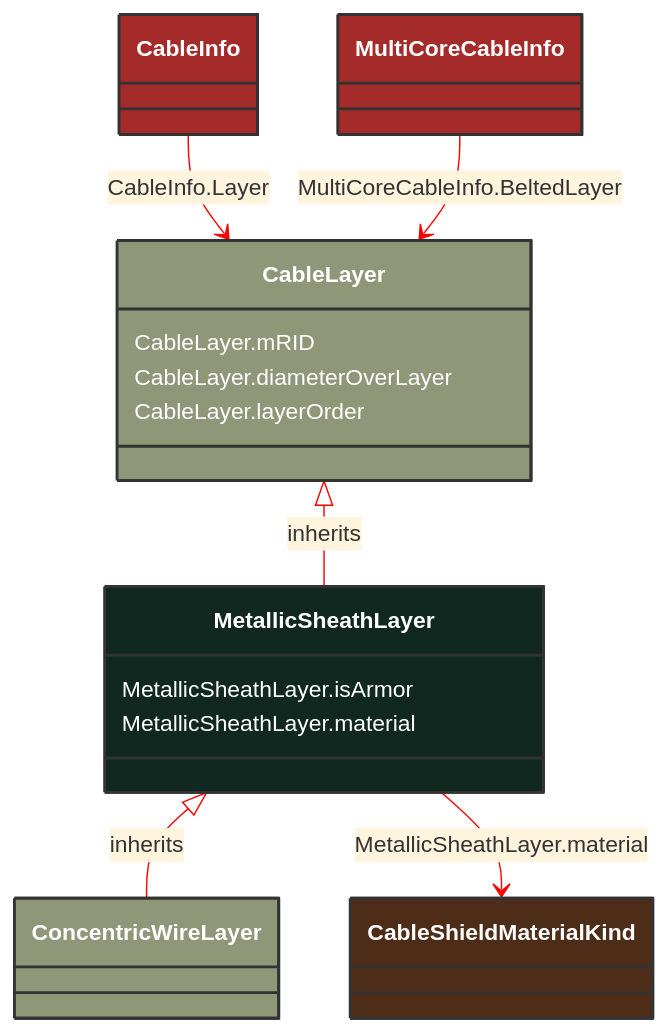
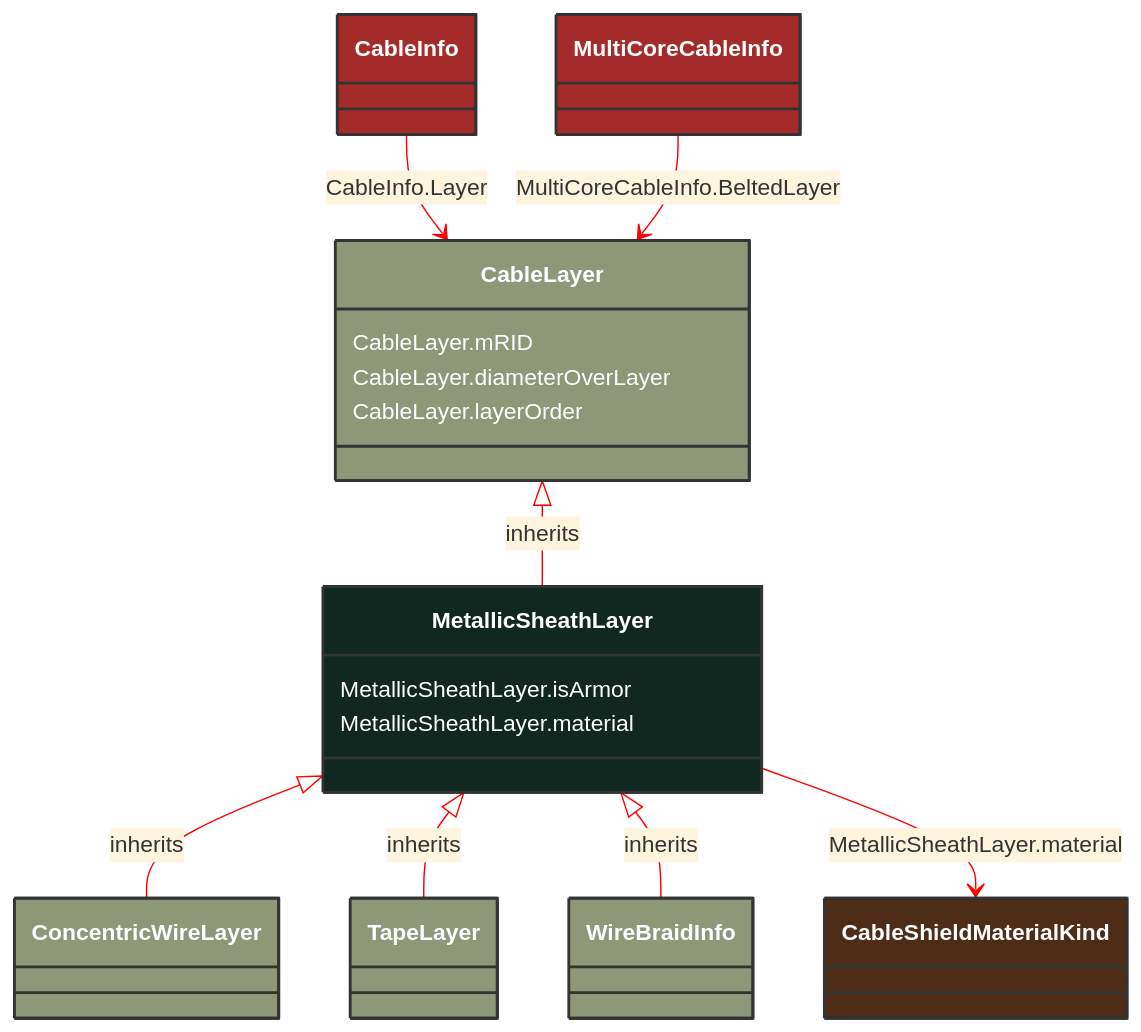
One commit to 3lbits/NoCIMExtensions changed the diagram in docs/Models/Profiles/SubseaCableInfo/ConcreteClasses/MetallicSheathLayer.md. Above: the diagram before and after it, drawn with Mermaid. The commit also changed 63 other files, not shown here.

````diff
--- a/docs/Models/Profiles/SubseaCableInfo/ConcreteClasses/MetallicSheathLayer.md
+++ b/docs/Models/Profiles/SubseaCableInfo/ConcreteClasses/MetallicSheathLayer.md
@@ -8,42 +8,54 @@
 ```mermaid
 %%{init: {'theme':'base','themeVariables': {'lineColor': '#FF0000'}}}%%
 classDiagram
     class MetallicSheathLayer
     click MetallicSheathLayer href "/Models/Profiles/SubseaCableInfo/ConcreteClasses/MetallicSheathLayer/"
     style MetallicSheathLayer fill:#102820,stroke:#333,stroke-width:2px,rx:10,ry:10,color:white
 
         MetallicSheathLayer <|-- ConcentricWireLayer : inherits
 
         ConcentricWireLayer
             click ConcentricWireLayer href "/Models/Profiles/SubseaCableInfo/ConcreteClasses/ConcentricWireLayer/"
             style ConcentricWireLayer fill:#8F9779,stroke:#333,stroke-width:2px,rx:10,ry:10,color:white
+
+        MetallicSheathLayer <|-- TapeLayer : inherits
+
+        TapeLayer
+            click TapeLayer href "/Models/Profiles/SubseaCableInfo/ConcreteClasses/TapeLayer/"
+            style TapeLayer fill:#8F9779,stroke:#333,stroke-width:2px,rx:10,ry:10,color:white
+
+        MetallicSheathLayer <|-- WireBraidInfo : inherits
+
+        WireBraidInfo
+            click WireBraidInfo href "/Models/Profiles/SubseaCableInfo/ConcreteClasses/WireBraidInfo/"
+            style WireBraidInfo fill:#8F9779,stroke:#333,stroke-width:2px,rx:10,ry:10,color:white
      
         CableLayer <|-- MetallicSheathLayer : inherits
             click CableLayer href "/Models/Profiles/SubseaCableInfo/AbstractClasses/CableLayer/"
             style CableLayer fill:#8F9779,stroke:#333,stroke-width:2px,rx:10,ry:10,color:white
 
 
         CableInfo --> CableLayer : CableInfo.Layer
 
         CableInfo
             click CableInfo href "/Models/Profiles/SubseaCableInfo/ConcreteClasses/CableInfo/"
             style CableInfo fill:#A52A2A,stroke:#333,stroke-width:2px,rx:10,ry:10,color:white
 
         MultiCoreCableInfo --> CableLayer : MultiCoreCableInfo.BeltedLayer
 
         MultiCoreCableInfo
             click MultiCoreCableInfo href "/Models/Profiles/SubseaCableInfo/ConcreteClasses/MultiCoreCableInfo/"
             style MultiCoreCableInfo fill:#A52A2A,stroke:#333,stroke-width:2px,rx:10,ry:10,color:white
 
         MetallicSheathLayer --> CableShieldMaterialKind : MetallicSheathLayer.material
 
         CableShieldMaterialKind
             click CableShieldMaterialKind href "/Models/Profiles/SubseaCableInfo/Enumerations/CableShieldMaterialKind/"
             style CableShieldMaterialKind fill:#4D2D18,stroke:#333,stroke-width:2px,rx:10,ry:10,color:white
 
         MetallicSheathLayer : MetallicSheathLayer.isArmor
         MetallicSheathLayer : MetallicSheathLayer.material
         CableLayer : CableLayer.mRID
         CableLayer : CableLayer.diameterOverLayer
         CableLayer : CableLayer.layerOrder
 ```
````
